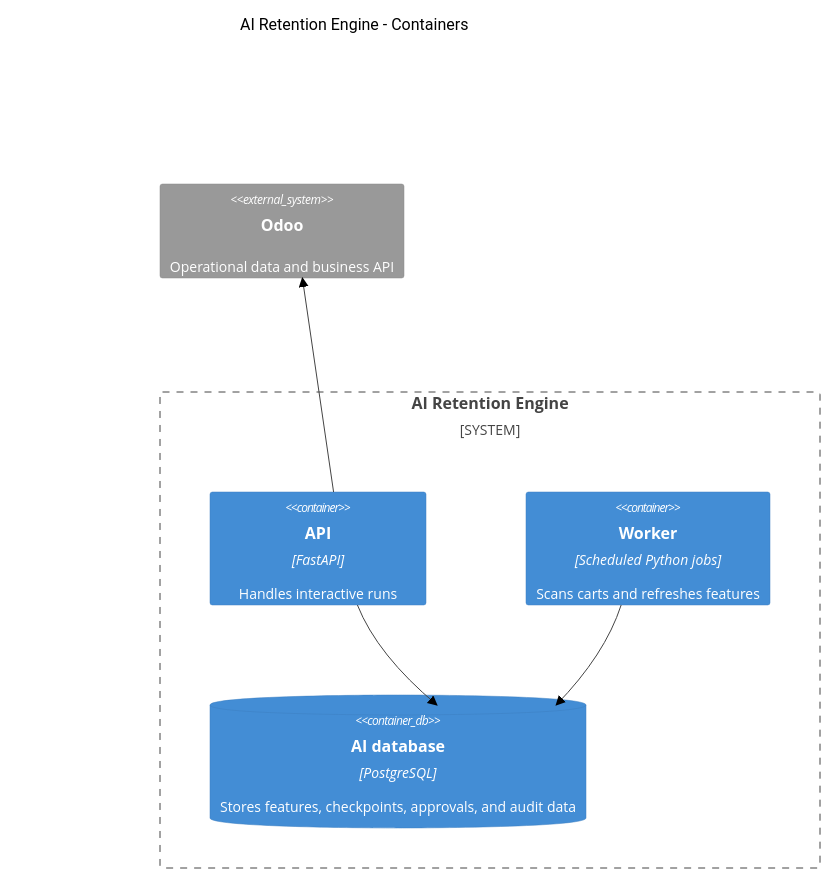
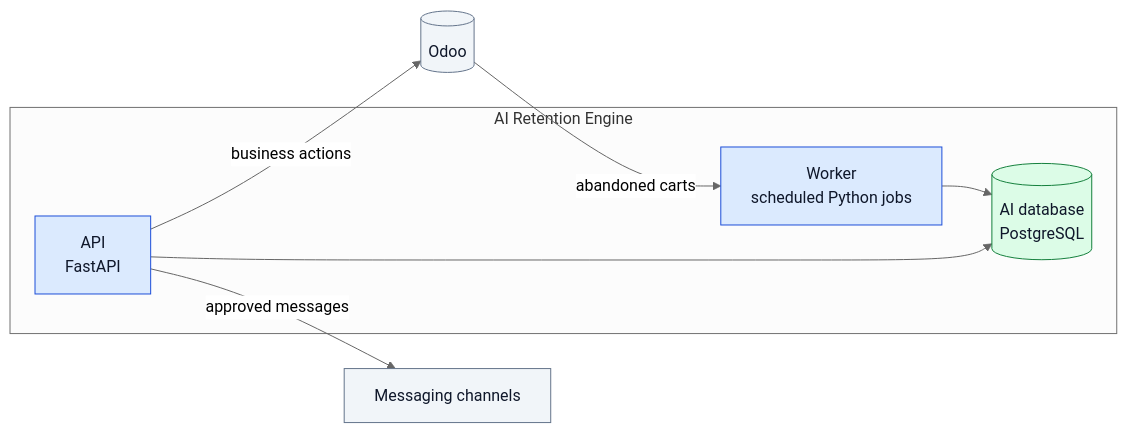
The second of 3 diagrams in docs/architecture/system-overview.md (aymanaboghonim/odoo-agentic-retention-engine), drawn with Mermaid (neutral theme) before and after one commit. The commit also changed other lines of this file and 3 other files, not shown here.

First line of the commit message:
docs: switch architecture diagrams to Mermaid flowcharts

````diff
--- a/docs/architecture/system-overview.md
+++ b/docs/architecture/system-overview.md
@@ -23,15 +34,24 @@
 ```mermaid
-C4Container
-    title AI Retention Engine - Containers
+flowchart LR
+    odoo[("Odoo")]
 
-    System_Boundary(engine, "AI Retention Engine") {
-        Container(api, "API", "FastAPI", "Handles interactive runs")
-        Container(worker, "Worker", "Scheduled Python jobs", "Scans carts and refreshes features")
-        ContainerDb(ai_db, "AI database", "PostgreSQL", "Stores features, checkpoints, approvals, and audit data")
-    }
+    subgraph engine["AI Retention Engine"]
+        worker["Worker<br/>scheduled Python jobs"]
+        aidb[("AI database<br/>PostgreSQL")]
+        api["API<br/>FastAPI"]
+    end
+    channels["Messaging channels"]
 
-    System_Ext(odoo, "Odoo", "Operational data and business API")
-    Rel(api, odoo, "")
-    Rel(api, ai_db, "")
-    Rel(worker, ai_db, "")
+    odoo -- "abandoned carts" --> worker
+    worker --> aidb
+    api --> aidb
+    api -- "business actions" --> odoo
+    api -- "approved messages" --> channels
+
+    classDef app fill:#dbeafe,stroke:#1d4ed8,color:#0f172a
+    classDef data fill:#dcfce7,stroke:#15803d,color:#0f172a
+    classDef external fill:#f1f5f9,stroke:#64748b,color:#0f172a
+    class api,worker app
+    class aidb data
+    class odoo,channels external
 ```
````
